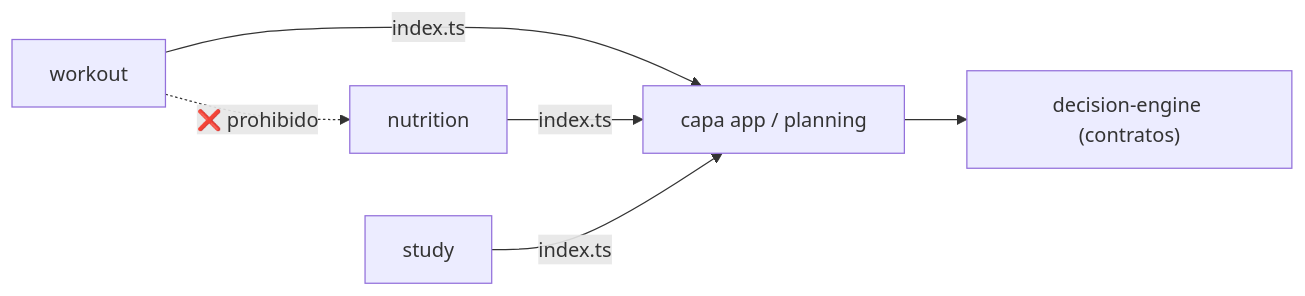
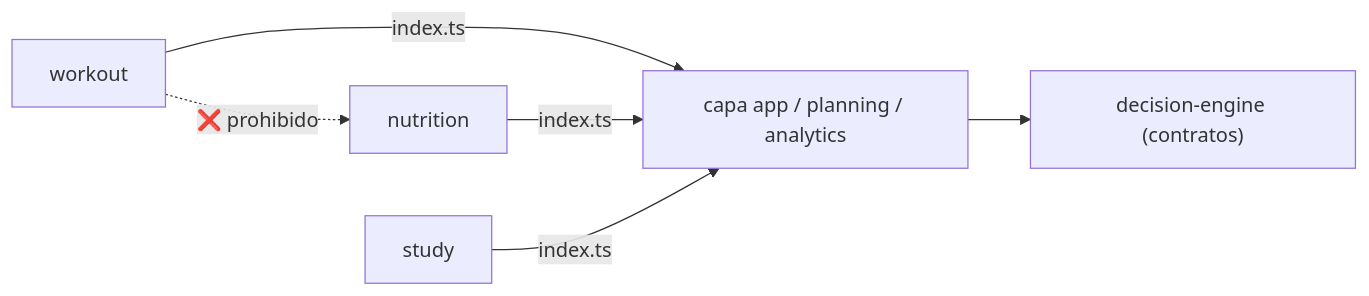
Before and after one commit to ccamilomc/nexus: the third of 3 diagrams in docs/02-arquitectura.md, drawn with Mermaid. The commit also changed other lines of this file and 41 other files, not shown here.

````diff
--- a/docs/02-arquitectura.md
+++ b/docs/02-arquitectura.md
@@ -92,8 +92,8 @@
 ```mermaid
 flowchart LR
-    W["workout"] -->|index.ts| APP["capa app / planning"]
+    W["workout"] -->|index.ts| APP["capa app / planning / analytics"]
     N["nutrition"] -->|index.ts| APP
     S["study"] -->|index.ts| APP
     APP --> E["decision-engine (contratos)"]
     W -.->|❌ prohibido| N
 ```
````
